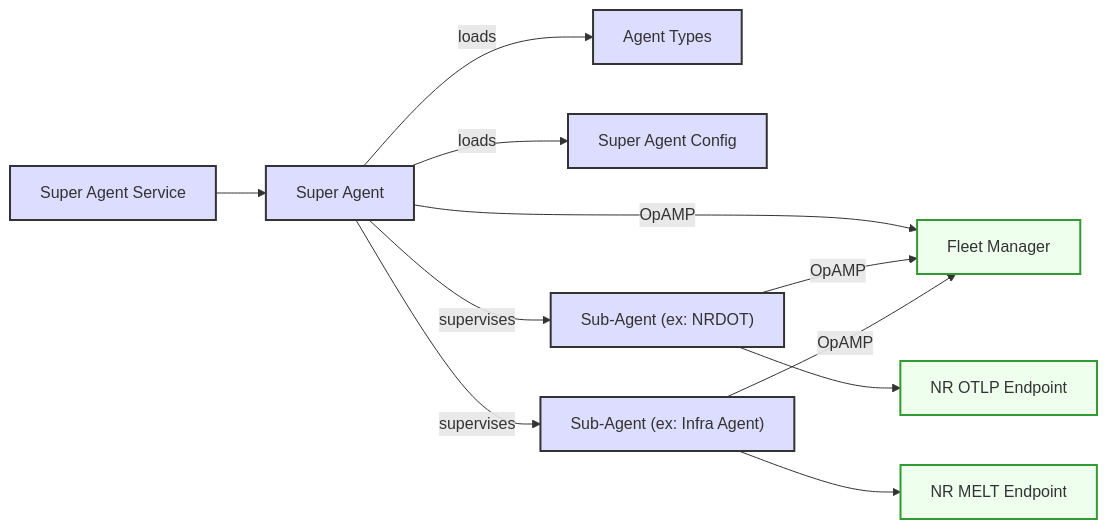
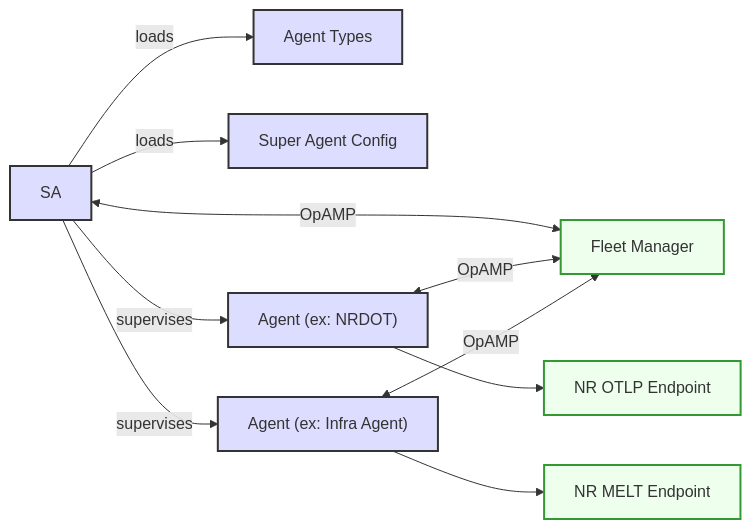
The diagram in docs/README.md (newrelic/newrelic-agent-control), drawn with Mermaid before and after one commit. The commit also changed other lines of this file and 1 other file, not shown here.

````diff
--- a/docs/README.md
+++ b/docs/README.md
@@ -14,20 +14,19 @@
 ```mermaid
 flowchart LR
-    SASvc[Super Agent Service] --> SA[Super Agent]
     SA -->|loads| AgentTypes[Agent Types]
     SA -->|loads| SAConfig[Super Agent Config]
-    SA -->|supervises| SubAgent1["Sub-Agent (ex: NRDOT)"]
-    SA -->|supervises| SubAgent2["Sub-Agent (ex: Infra Agent)"]
-    SA -->|OpAMP| Fleet[Fleet Manager]
-    SubAgent1 -->|OpAMP| Fleet
-    SubAgent2 -->|OpAMP| Fleet
+    SA -->|supervises| Agent1["Agent (ex: NRDOT)"]
+    SA -->|supervises| Agent2["Agent (ex: Infra Agent)"]
+    SA <-->|OpAMP| Fleet[Fleet Manager]
+    Agent1 <-->|OpAMP| Fleet
+    Agent2 <-->|OpAMP| Fleet
 
-    SubAgent1 --> NRMelt1[NR OTLP Endpoint]
-    SubAgent2 --> NRMelt2[NR MELT Endpoint]
+    Agent1 --> NRMelt1[NR OTLP Endpoint]
+    Agent2 --> NRMelt2[NR MELT Endpoint]
     classDef default fill:#f9f,stroke:#333,stroke-width:4px;
     classDef agent-side fill:#ddf,stroke:#333,stroke-width:2px;
     classDef server-side fill:#efe,stroke:#393,stroke-width:2px;
 
-    class SA,AgentTypes,SASvc,SubAgent1,SubAgent2,SAConfig agent-side;
+    class SA,AgentTypes,Agent1,Agent2,SAConfig agent-side;
     class Fleet,NRMelt1,NRMelt2 server-side;
 ```
````
